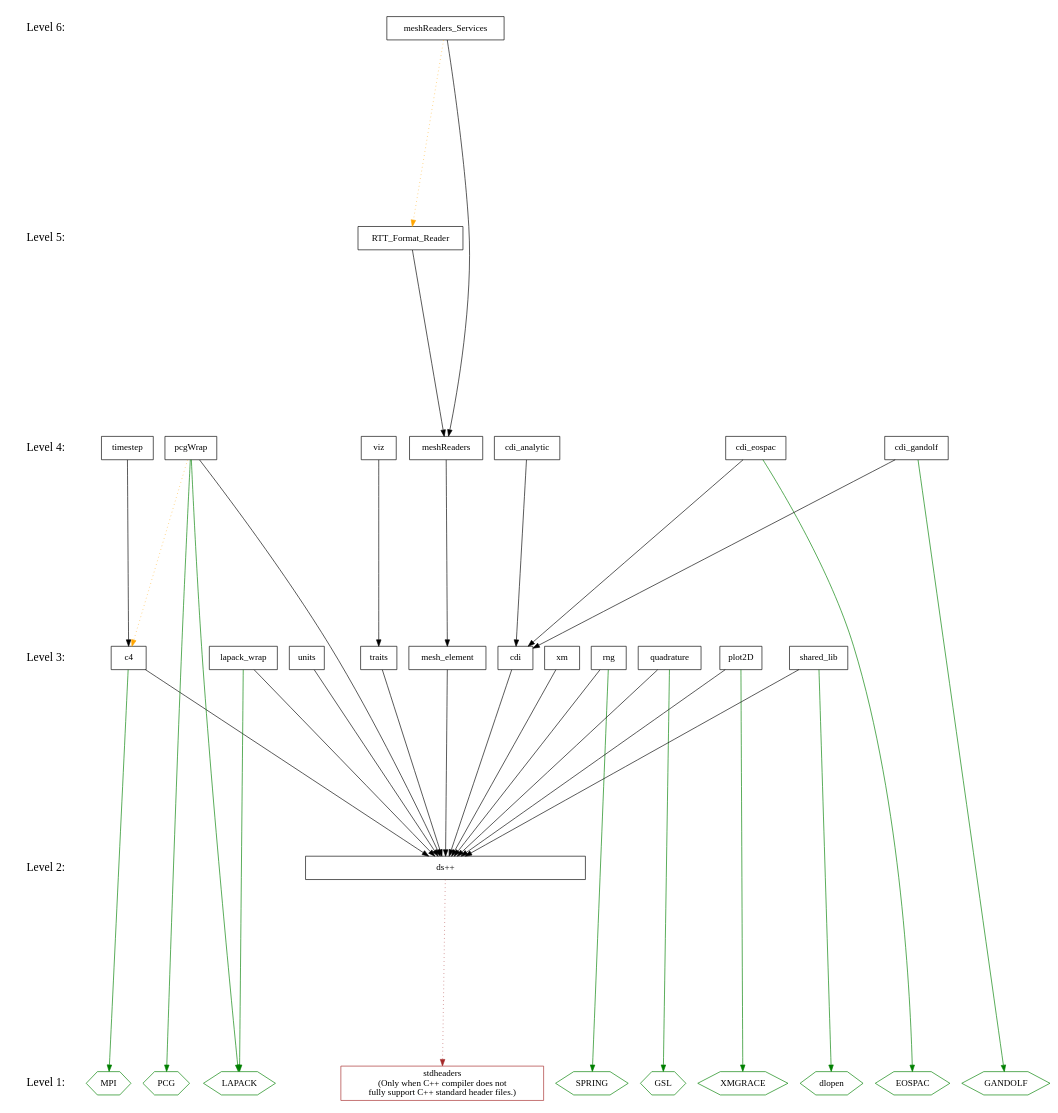
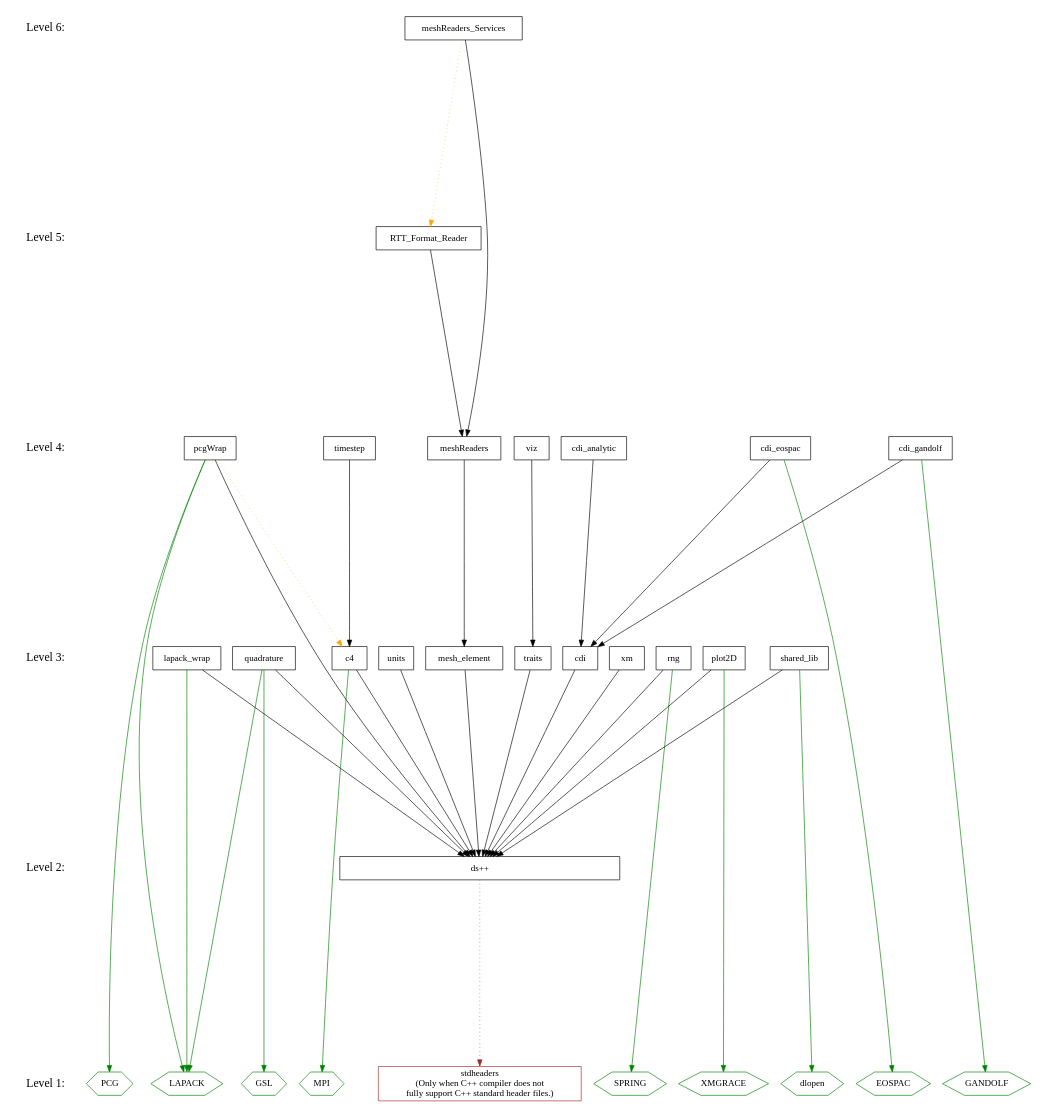
One commit to losalamos/Draco changed the diagram in doc/design/level.dot. Above: the diagram before and after it, drawn with Graphviz. The commit also changed 1 other file, not shown here.

Commit message:
o Added dependence on LAPACK for the quadrature component.
Tracker:
Status: Open[ ] Closed[ ] Pending[ ]

```diff
--- a/doc/design/level.dot
+++ b/doc/design/level.dot
@@ -1,119 +1,119 @@
 digraph draco_level {
     /* graph attributes */
     center=1;
     size="7.5,10";
     ranksep=4;
     
     /* levels */
     level1 [shape=plaintext, label="Level 1:", fontsize=18];
     level2 [shape=plaintext, label="Level 2:", fontsize=18];
     level3 [shape=plaintext, label="Level 3:", fontsize=18];
     level4 [shape=plaintext, label="Level 4:", fontsize=18];
     level5 [shape=plaintext, label="Level 5:", fontsize=18];
     level6 [shape=plaintext, label="Level 6:", fontsize=18];
     
     level6 -> level5 -> level4 -> level3 -> level2 -> level1 [style=invis];
     
     /* packages */
 
     /* level 1 */
     stdheaders [shape=box,     color=brown, label="stdheaders\n(Only when C++ compiler does not\nfully support C++ standard header files.)"];
     vmpi       [shape=hexagon, color=green, label="MPI"];
     vlapack    [shape=hexagon, color=green, label="LAPACK"];
     vpcg       [shape=hexagon, color=green, label="PCG"];
     vgandolf   [shape=hexagon, color=green, label="GANDOLF"];
     veospac    [shape=hexagon, color=green, label="EOSPAC"];
     vgrace     [shape=hexagon, color=green, label="XMGRACE"];
     vspring    [shape=hexagon, color=green, label="SPRING"];
     vdlopen    [shape=hexagon, color=green, label="dlopen"];
     vgsl       [shape=hexagon, color=green, label="GSL"];
         
     /* level 2 */
     dsxx [shape=box, label="ds++", width=6];
     
     /* level 3 */
     traits [shape=box, label="traits"];
     xm [shape=box, label="xm"];
     c4 [shape=box, label="c4"];
     rng [shape=box, label="rng"];
     units [shape=box, label="units"];
     cdi [shape=box, label="cdi"];
     quad [shape=box, label="quadrature"];
     meshelement [shape=box, label="mesh_element"];
     plot [shape=box, label="plot2D"];
     lapack [shape=box, label="lapack_wrap"];
     shlib [shape=box, label="shared_lib"];
     
     /* level 4 */
     viz [shape=box, label="viz"];
     timestep [shape=box, label="timestep"];
     cdianal [shape=box, label="cdi_analytic"];
     cdieos [shape=box, label="cdi_eospac"];
     cdigan [shape=box, label="cdi_gandolf"];
     pcg [shape=box, label="pcgWrap"];
     meshread [shape=box, label="meshReaders"];
     
     /* level 5 */
     rttread     [shape=box, label="RTT_Format_Reader"];
     
     /* level 6 */
     meshservice [shape=box, label="meshReaders_Services"];
     
     /* dependencies */
     {rank=same; level1 stdheaders vlapack vpcg vmpi veospac  vgandolf vgrace vspring vdlopen vgsl};
     {rank=same; level2 dsxx};
     {rank=same; level3 shlib plot lapack traits xm c4 rng units cdi quad meshelement};
     {rank=same; level4 viz timestep cdianal cdieos cdigan pcg meshread};
     {rank=same; level5 rttread};
     {rank=same; level6 meshservice};
     
     /* draco packages */
 
     /* NOTE:  hidden dependencies are in comments at the end of each line.
      * For example if a package depends on c4 it implicitly depends on dsxx
      * as well.  The dependency on dsxx is not shown explicitly on the
      * graph. 
     
     /* level 2 */
     dsxx -> {stdheaders}   [color="brown" style=dotted];
     
     /* level 3 */
     xm          -> {dsxx};
     units       -> {dsxx};
     traits      -> {dsxx};
     c4          -> {dsxx};
-    c4          -> {vmpi}    [color="green"];
+    c4          -> {vmpi}         [color="green"];
     rng         -> {dsxx};
-    rng         -> {vspring} [color="green"];
+    rng         -> {vspring}      [color="green"];
     cdi         -> {dsxx};
     meshelement -> {dsxx};
     quad        -> {dsxx};
-    quad        -> {vgsl}    [color="green"];
+    quad        -> {vgsl vlapack} [color="green"];
     plot        -> {dsxx};
-    plot        -> {vgrace}  [color="green"];
+    plot        -> {vgrace}       [color="green"];
     lapack      -> {dsxx};
-    lapack      -> {vlapack} [color="green"];
+    lapack      -> {vlapack}      [color="green"];
     shlib       -> {dsxx};
-    shlib       -> {vdlopen} [color="green"];
+    shlib       -> {vdlopen}      [color="green"];
     
     /* level 4 */
     viz         -> {traits};      /* traits: dsxx */
     timestep    -> {c4};          /* c4      : dsxx */
     pcg         -> {dsxx};
     pcg         -> {vlapack vpcg} [color="green"];
     pcg         -> {c4}           [color="orange" style=dotted];
     cdianal     -> {cdi};         /* cdi     : dsxx */
     cdieos      -> {cdi};         /* cdi     : dsxx */
     cdieos      -> {veospac}      [color="green"]; 
     cdigan      -> {cdi};         /* cdi     : dsxx */
     cdigan      -> {vgandolf}     [color="green"];
     meshread    -> {meshelement};
 
     /* level 5 */
     rttread     -> {meshread};           /* meshread: dsxx */
 
     /* level 6 */
     meshservice -> {meshread};           /* meshread: dsxx */
     meshservice -> {rttread} [color="orange" style=dotted];
 
 }
```
